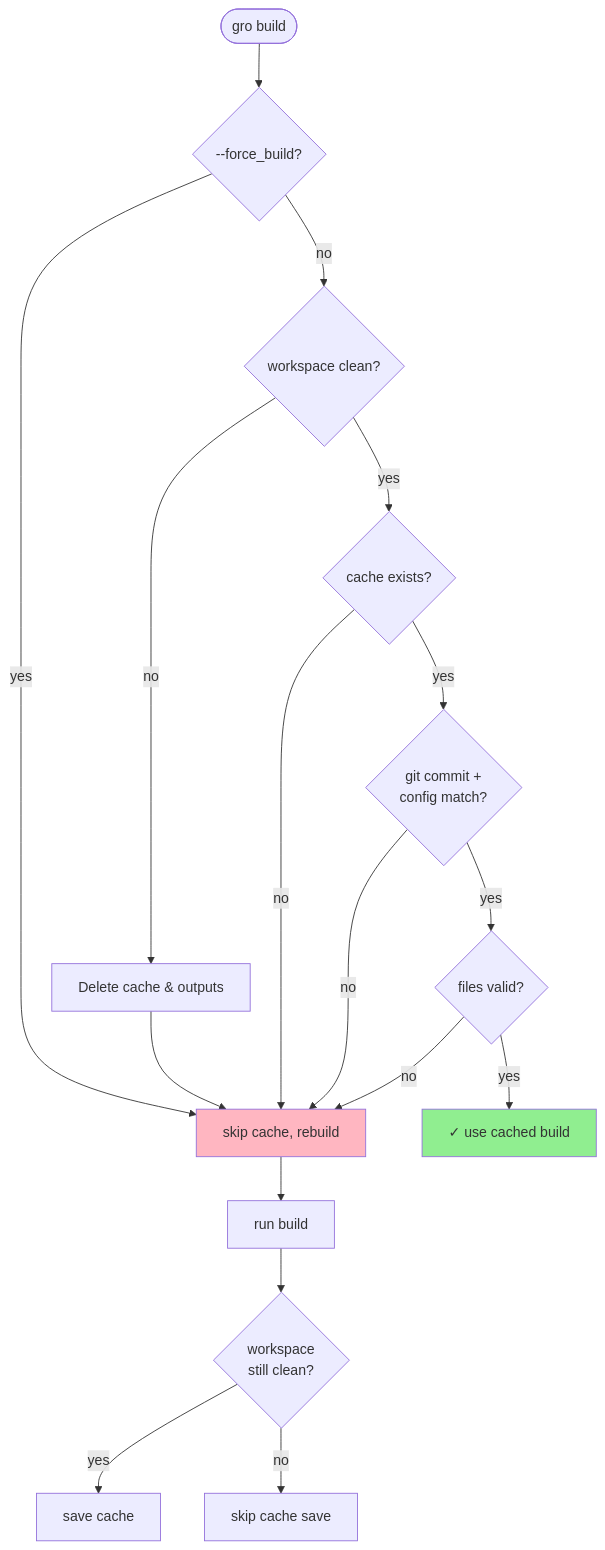
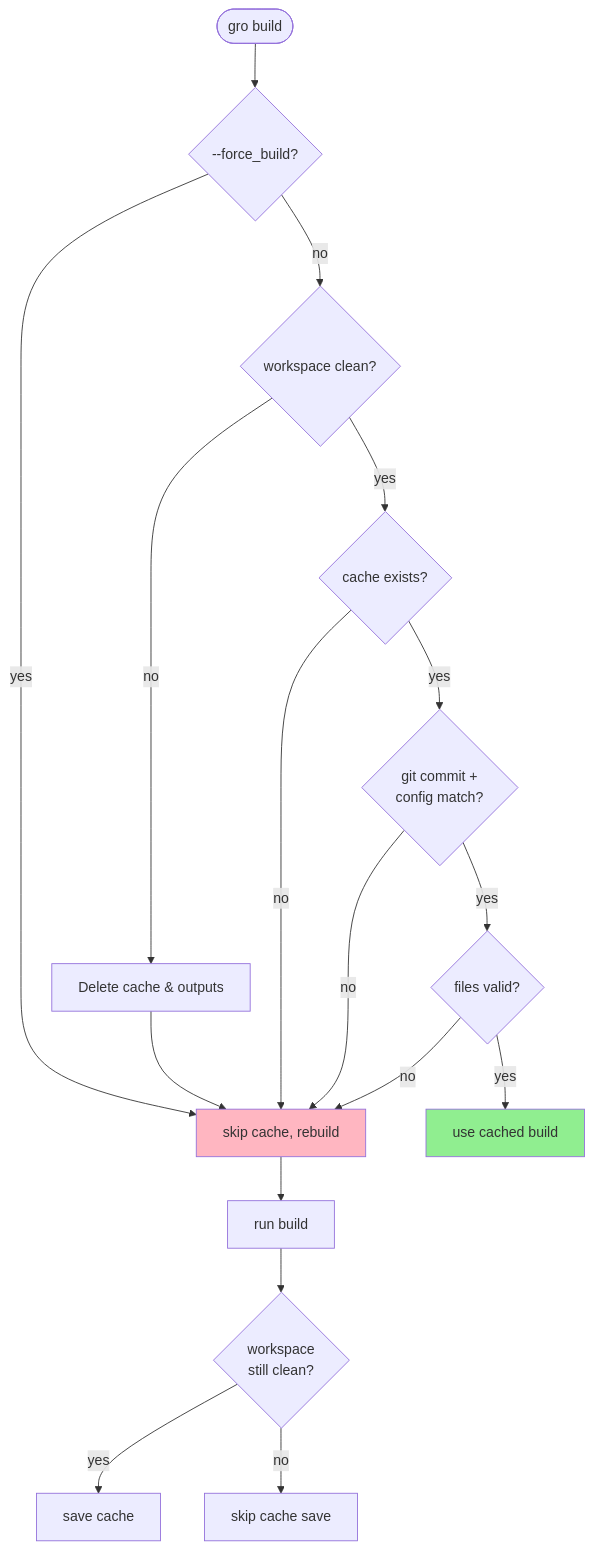
Before and after one commit to ryanatkn/gro: the diagram in src/docs/build.md, drawn with Mermaid. The commit also changed other lines of this file and 4 other files, not shown here.

````diff
--- a/src/docs/build.md
+++ b/src/docs/build.md
@@ -51,28 +51,28 @@
 ```mermaid
 flowchart TD
     Start([gro build]) --> Force{--force_build?}
     Force -->|yes| Rebuild[skip cache, rebuild]
     Force -->|no| Dirty{workspace clean?}
 
     Dirty -->|no| Clean[Delete cache & outputs]
     Clean --> Rebuild
 
     Dirty -->|yes| Load{cache exists?}
     Load -->|no| Rebuild
     Load -->|yes| Keys{git commit +<br/>config match?}
 
     Keys -->|no| Rebuild
     Keys -->|yes| Valid{files valid?}
 
     Valid -->|no| Rebuild
-    Valid -->|yes| Skip[✓ use cached build]
+    Valid -->|yes| Skip[use cached build]
 
     Rebuild --> Build[run build]
     Build --> Save{workspace<br/>still clean?}
 
     Save -->|yes| SaveCache[save cache]
     Save -->|no| NoSave[skip cache save]
 
     style Skip fill:#90EE90
     style Rebuild fill:#FFB6C1
 ```
````
